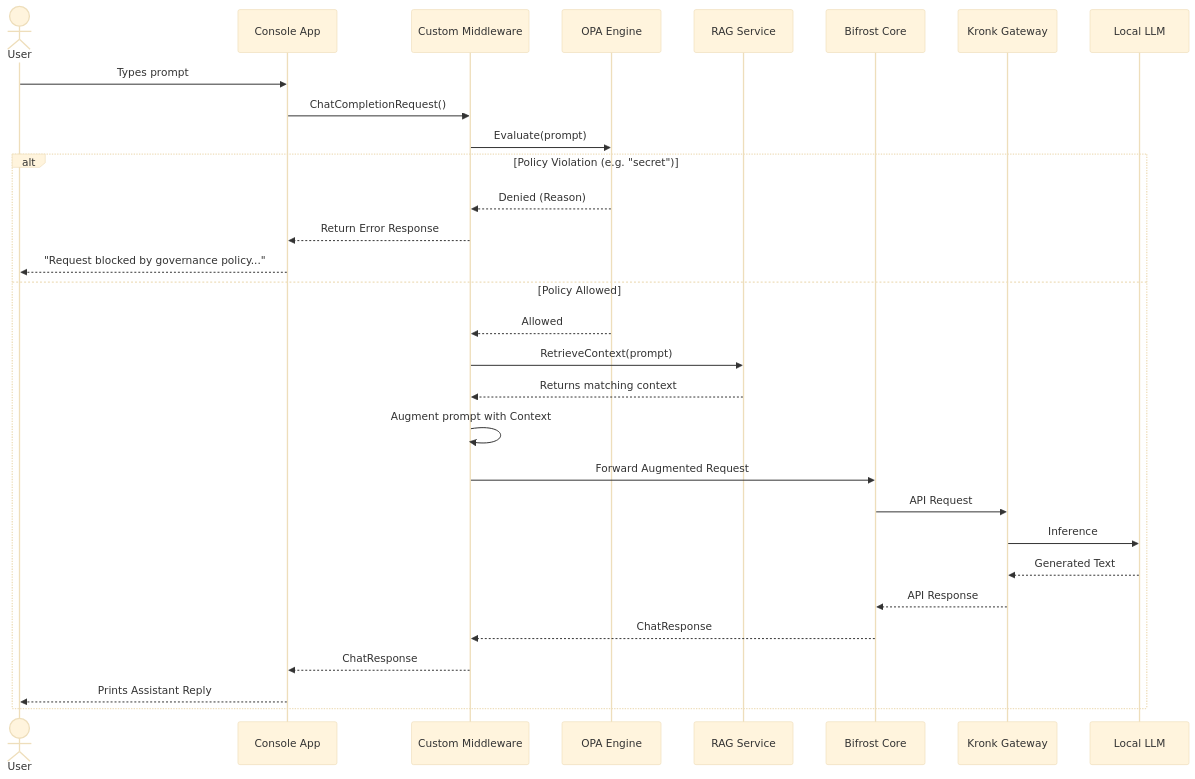
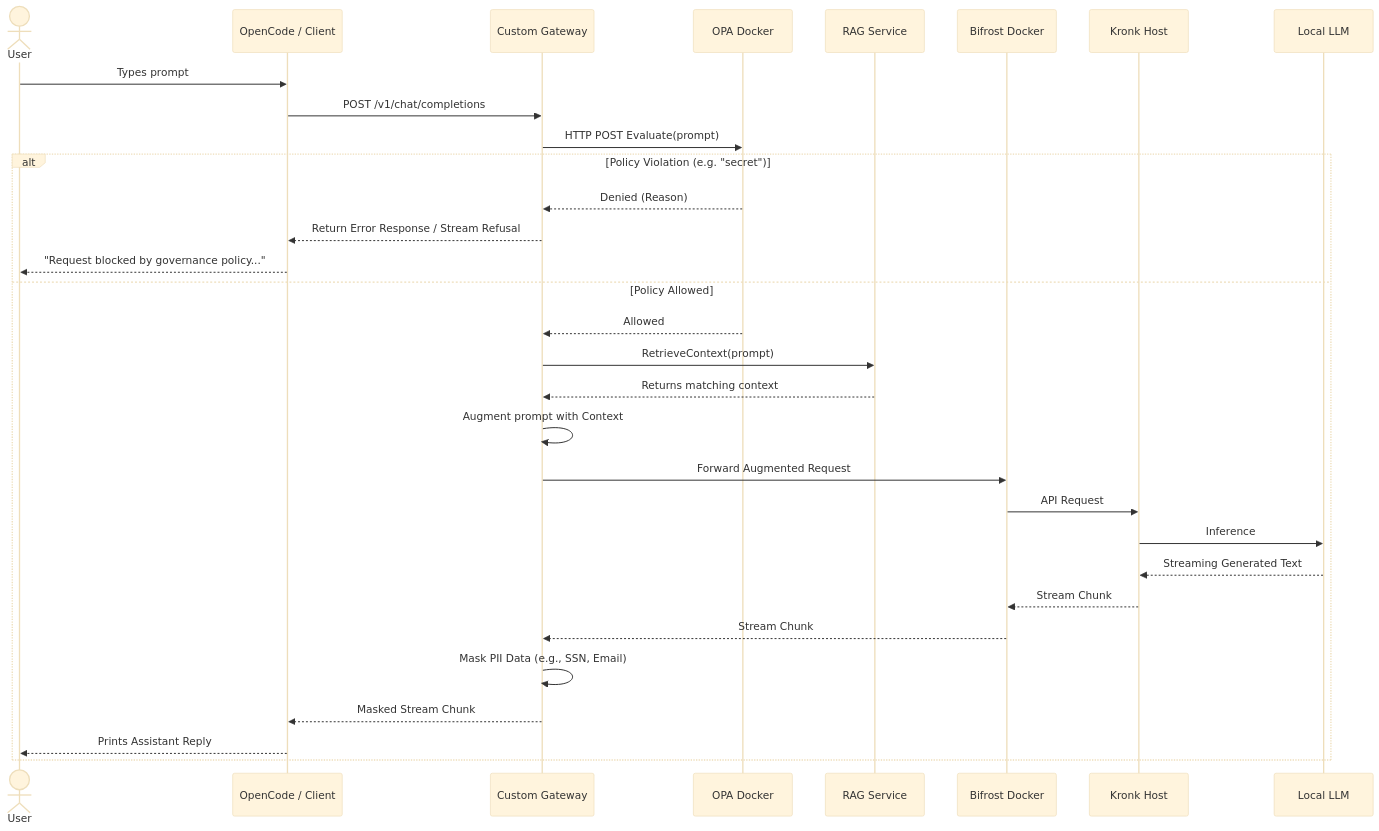
One commit to eduardobcolombo/custom-ai changed the second of 2 diagrams in README.md. Above: the diagram before and after it, drawn with Mermaid (base theme). The commit also changed other lines of this file and 1259 other files, not shown here.

First line of the commit message:
feat: move OPA and Bifrost to container (#2)

````diff
--- a/README.md
+++ b/README.md
@@ -46,43 +49,44 @@
 ```mermaid
 sequenceDiagram
     actor User
-    participant App as Console App
-    participant Mid as Custom Middleware
-    participant OPA as OPA Engine
+    participant App as OpenCode / Client
+    participant GW as Custom Gateway
+    participant OPA as OPA Docker
     participant RAG as RAG Service
-    participant Bifrost as Bifrost Core
-    participant Kronk as Kronk Gateway
+    participant Bifrost as Bifrost Docker
+    participant Kronk as Kronk Host
     participant LLM as Local LLM
 
     User->>App: Types prompt
-    App->>Mid: ChatCompletionRequest()
+    App->>GW: POST /v1/chat/completions
     
     %% OPA Evaluation
-    Mid->>OPA: Evaluate(prompt)
+    GW->>OPA: HTTP POST Evaluate(prompt)
     alt Policy Violation (e.g. "secret")
-        OPA-->>Mid: Denied (Reason)
-        Mid-->>App: Return Error Response
+        OPA-->>GW: Denied (Reason)
+        GW-->>App: Return Error Response / Stream Refusal
         App-->>User: "Request blocked by governance policy..."
     else Policy Allowed
-        OPA-->>Mid: Allowed
+        OPA-->>GW: Allowed
         
         %% RAG Context Fetch
-        Mid->>RAG: RetrieveContext(prompt)
-        RAG-->>Mid: Returns matching context
+        GW->>RAG: RetrieveContext(prompt)
+        RAG-->>GW: Returns matching context
         
         %% Augmentation
-        Mid->>Mid: Augment prompt with Context
+        GW->>GW: Augment prompt with Context
         
         %% Bifrost Routing
-        Mid->>Bifrost: Forward Augmented Request
+        GW->>Bifrost: Forward Augmented Request
         Bifrost->>Kronk: API Request
         Kronk->>LLM: Inference
         
         %% Response Flow
-        LLM-->>Kronk: Generated Text
-        Kronk-->>Bifrost: API Response
-        Bifrost-->>Mid: ChatResponse
-        Mid-->>App: ChatResponse
+        LLM-->>Kronk: Streaming Generated Text
+        Kronk-->>Bifrost: Stream Chunk
+        Bifrost-->>GW: Stream Chunk
+        GW->>GW: Mask PII Data (e.g., SSN, Email)
+        GW-->>App: Masked Stream Chunk
         App-->>User: Prints Assistant Reply
     end
 ```
````
